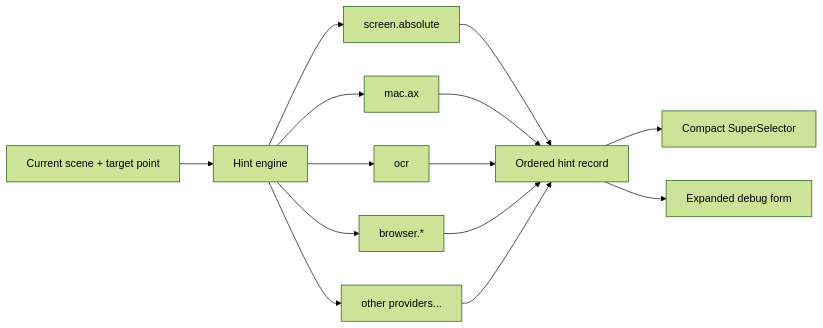
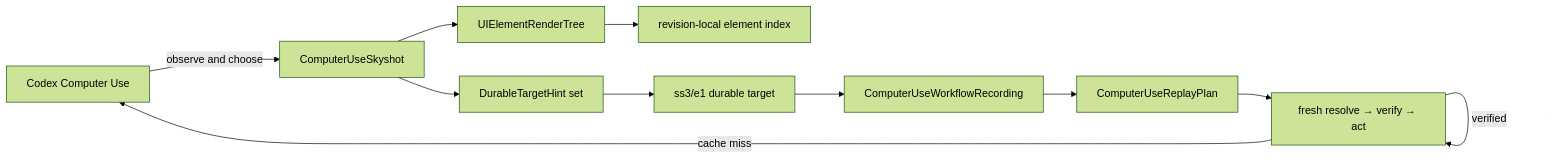
One commit to pirate/cua-superselector changed the first of 2 diagrams in README.md. Above: the diagram before and after it, drawn with Mermaid (forest theme). The commit also changed other lines of this file and 16 other files, not shown here.

Commit message:
Integrate Studio with Codex Computer Use

````diff
--- a/README.md
+++ b/README.md
@@ -58,16 +40,13 @@
 ```mermaid
 flowchart LR
-    S["Current scene + target point"] --> E["Hint engine"]
-    E --> P1["screen.absolute"]
-    E --> P2["mac.ax"]
-    E --> P3["ocr"]
-    E --> P4["browser.*"]
-    E --> P5["other providers..."]
-    P1 --> H["Ordered hint record"]
-    P2 --> H
-    P3 --> H
-    P4 --> H
-    P5 --> H
-    H --> C["Compact SuperSelector"]
-    H --> D["Expanded debug form"]
+    CU["Codex Computer Use"] -->|observe and choose| S["ComputerUseSkyshot"]
+    S --> T["UIElementRenderTree"]
+    S --> H["DurableTargetHint set"]
+    T --> I["revision-local element index"]
+    H --> D["ss3/e1 durable target"]
+    D --> W["ComputerUseWorkflowRecording"]
+    W --> P["ComputerUseReplayPlan"]
+    P --> R["fresh resolve → verify → act"]
+    R -->|verified| R
+    R -->|cache miss| CU
 ```
````
